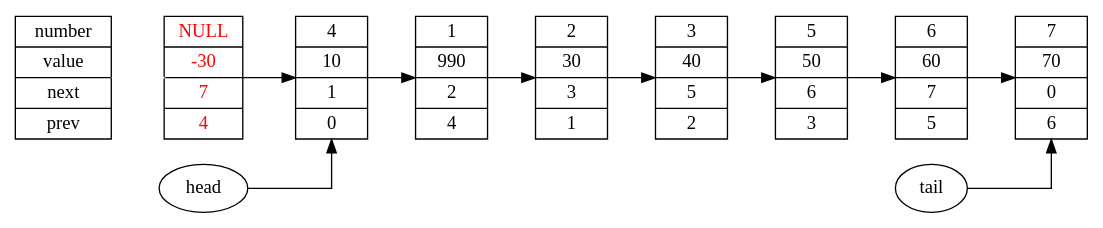
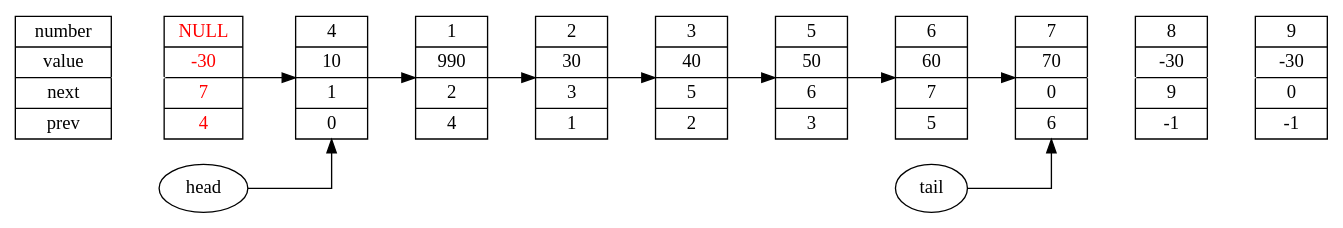
Before and after one commit to asbolt/list: the diagram in dot.dot, drawn with Graphviz. The commit also changed 5 other files, not shown here.

```diff
--- a/dot.dot
+++ b/dot.dot
@@ -1,17 +1,20 @@
 digraph G{
 splines=ortho;
 rankdir=LR;
 list[shape=record,label=" number | value | next | prev"];
 0 [shape=record,label=" NULL | -30 | 7 | 4", fontcolor = red];
 1 [shape=record,label=" 1 | 990 | 2 | 4" ];
 2 [shape=record,label=" 2 | 30 | 3 | 1" ];
 3 [shape=record,label=" 3 | 40 | 5 | 2" ];
 4 [shape=record,label=" 4 | 10 | 1 | 0" ];
 5 [shape=record,label=" 5 | 50 | 6 | 3" ];
 6 [shape=record,label=" 6 | 60 | 7 | 5" ];
 7 [shape=record,label=" 7 | 70 | 0 | 6" ];
+8 [shape=record,label=" 8 | -30 | 9 | -1" ];
+9 [shape=record,label=" 9 | -30 | 0 | -1" ];
 list -> 0[color=white];
 0 -> 4 -> 1 -> 2 -> 3 -> 5 -> 6 -> 7[weight = 1000];
+7 -> 8 -> 9[color=white, weight = 1000];
 tail -> 7;
 head -> 4;
 }
```
